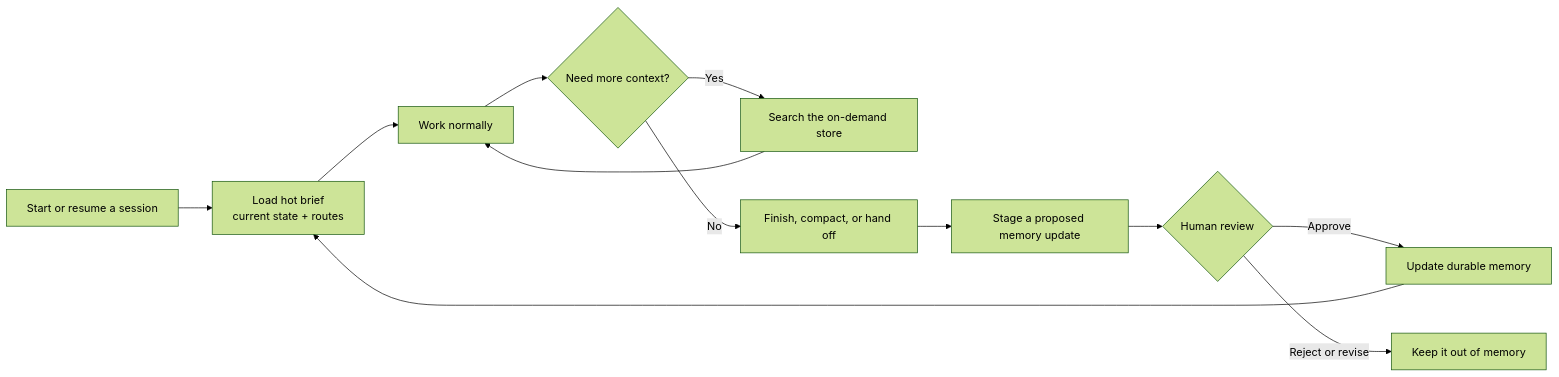
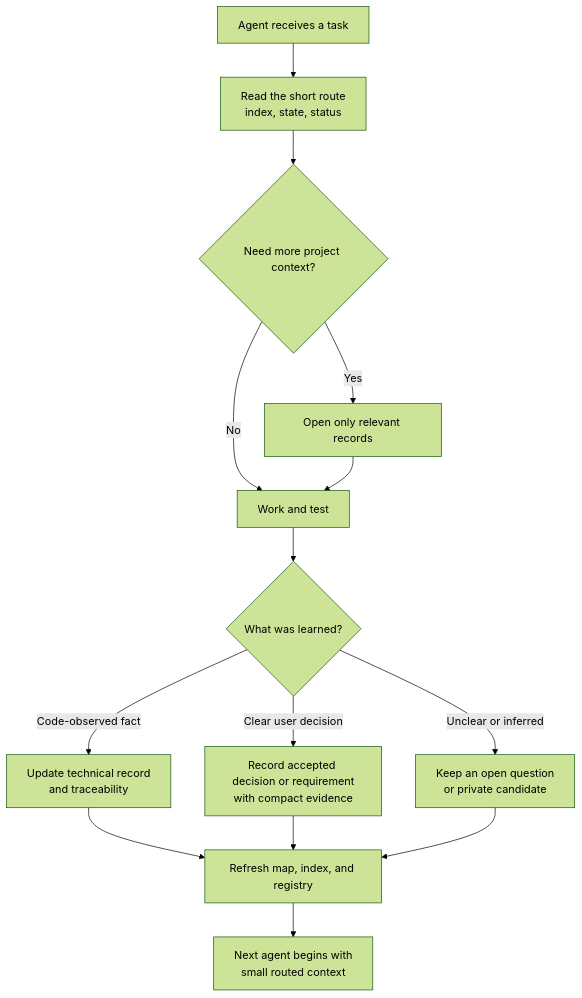
Before and after one commit to manojvermamv/context-forge: the diagram in README.md, drawn with Mermaid (forest theme). The commit also changed other lines of this file and 21 other files, not shown here.

```diff
--- a/README.md
+++ b/README.md
@@ -60,14 +78,16 @@
 ~~~mermaid
-flowchart LR
-  A[Start or resume a session] --> B[Load hot brief<br/>current state + routes]
-  B --> C[Work normally]
-  C --> D{Need more context?}
-  D -->|Yes| E[Search the on-demand store]
-  E --> C
-  D -->|No| F[Finish, compact, or hand off]
-  F --> G[Stage a proposed memory update]
-  G --> H{Human review}
-  H -->|Approve| I[Update durable memory]
-  H -->|Reject or revise| J[Keep it out of memory]
-  I --> B
+flowchart TD
+  A[Agent receives a task] --> B[Read the short route<br/>index, state, status]
+  B --> C{Need more project context?}
+  C -->|Yes| D[Open only relevant records]
+  C -->|No| E[Work and test]
+  D --> E
+  E --> F{What was learned?}
+  F -->|Code-observed fact| G[Update technical record<br/>and traceability]
+  F -->|Clear user decision| H[Record accepted decision or requirement<br/>with compact evidence]
+  F -->|Unclear or inferred| I[Keep an open question<br/>or private candidate]
+  G --> J[Refresh map, index, and registry]
+  H --> J
+  I --> J
+  J --> K[Next agent begins with<br/>small routed context]
 ~~~
```
